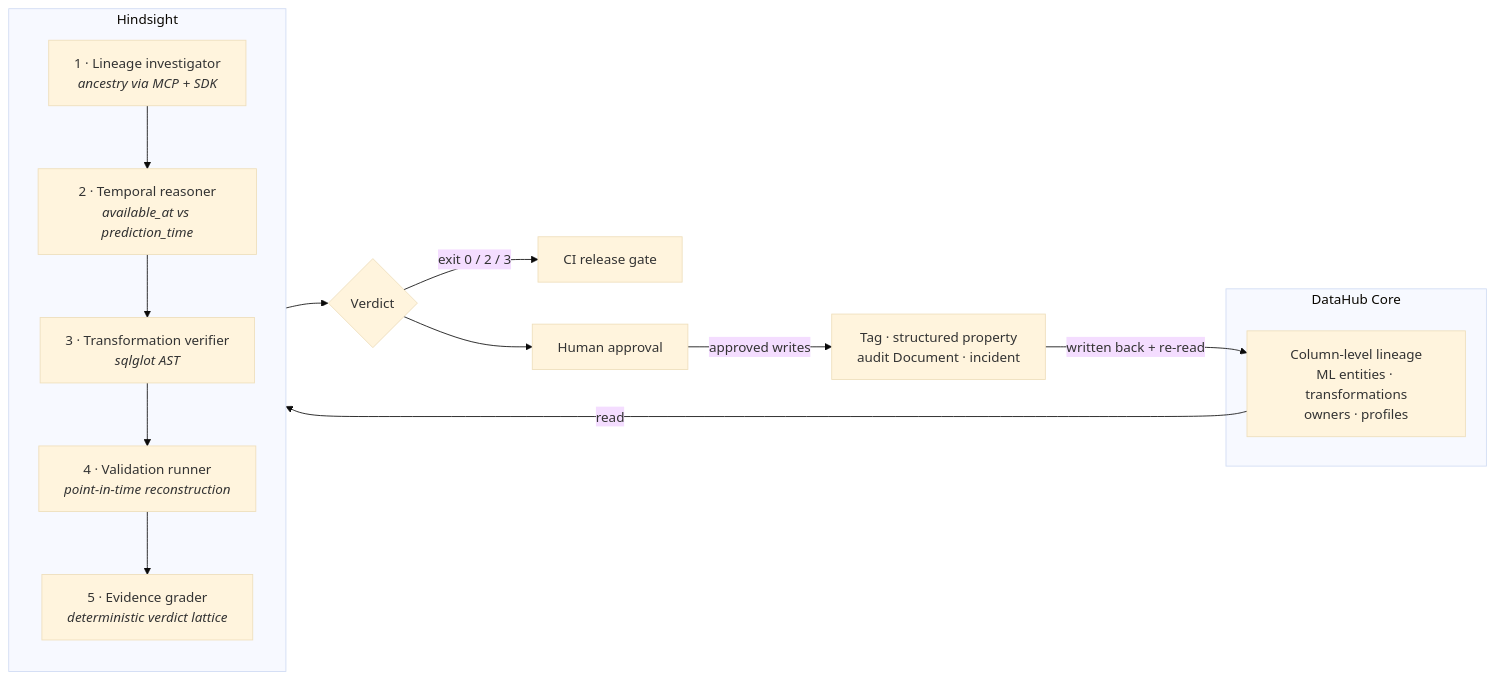
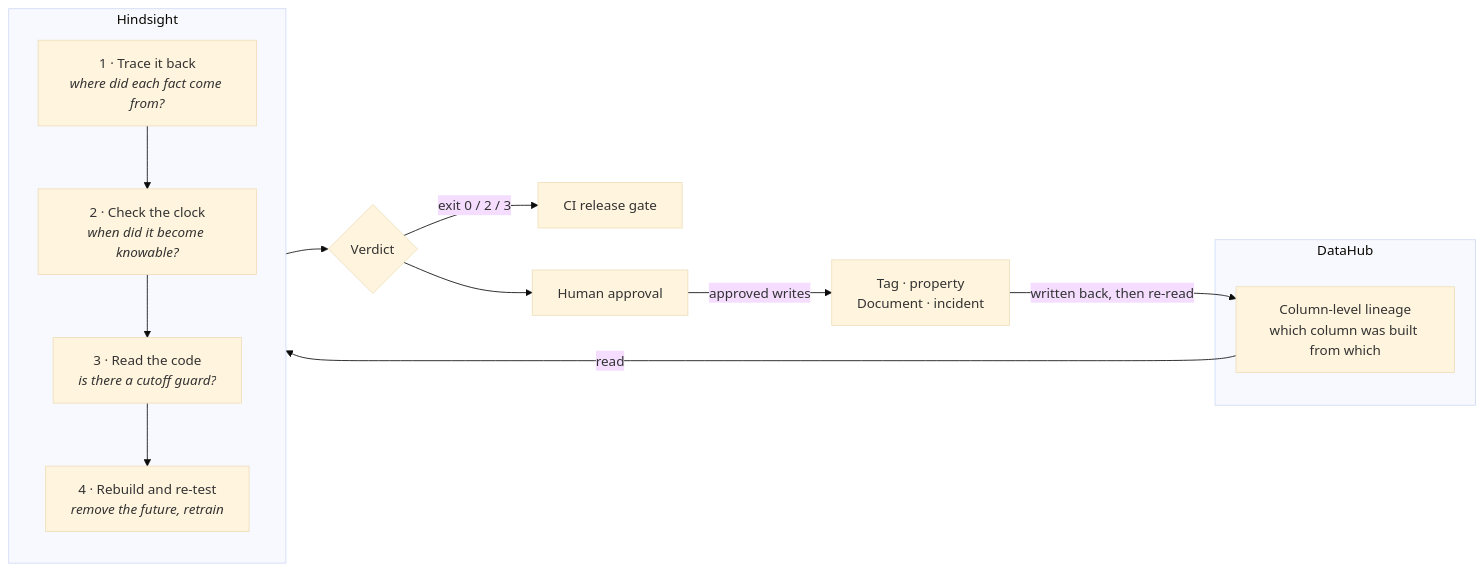
One commit to usv240/hindsight changed the diagram in README.md. Above: the diagram before and after it, drawn with Mermaid (base theme). The commit also changed other lines of this file and 13 other files, not shown here.

````diff
--- a/README.md
+++ b/README.md
@@ -31,23 +54,22 @@
 ```mermaid
 flowchart LR
-  subgraph DH["DataHub Core"]
-    L["Column-level lineage<br/>ML entities · transformations<br/>owners · profiles"]
+  subgraph DH["DataHub"]
+    L["Column-level lineage<br/>which column was built from which"]
   end
 
   subgraph HS["Hindsight"]
     direction TB
-    A["1 · Lineage investigator<br/><i>ancestry via MCP + SDK</i>"]
-    B["2 · Temporal reasoner<br/><i>available_at vs prediction_time</i>"]
-    C["3 · Transformation verifier<br/><i>sqlglot AST</i>"]
-    D["4 · Validation runner<br/><i>point-in-time reconstruction</i>"]
-    E["5 · Evidence grader<br/><i>deterministic verdict lattice</i>"]
-    A --> B --> C --> D --> E
+    A["1 · Trace it back<br/><i>where did each fact come from?</i>"]
+    B["2 · Check the clock<br/><i>when did it become knowable?</i>"]
+    C["3 · Read the code<br/><i>is there a cutoff guard?</i>"]
+    D["4 · Rebuild and re-test<br/><i>remove the future, retrain</i>"]
+    A --> B --> C --> D
   end
 
   L -->|read| A
-  E --> V{"Verdict"}
+  D --> V{"Verdict"}
   V -->|"exit 0 / 2 / 3"| CI["CI release gate"]
   V --> HA["Human approval"]
-  HA -->|"approved writes"| W["Tag · structured property<br/>audit Document · incident"]
-  W -->|"written back + re-read"| L
+  HA -->|"approved writes"| W["Tag · property<br/>Document · incident"]
+  W -->|"written back, then re-read"| L
 ```
````
